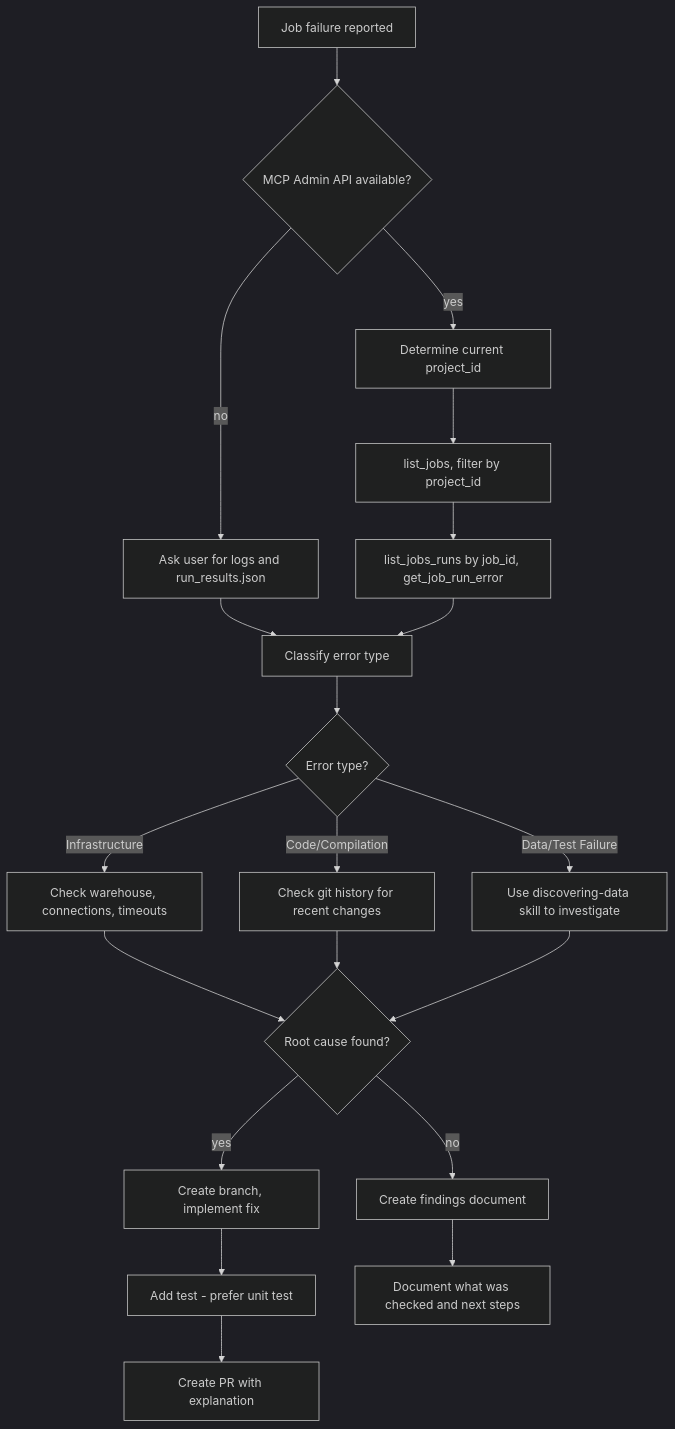
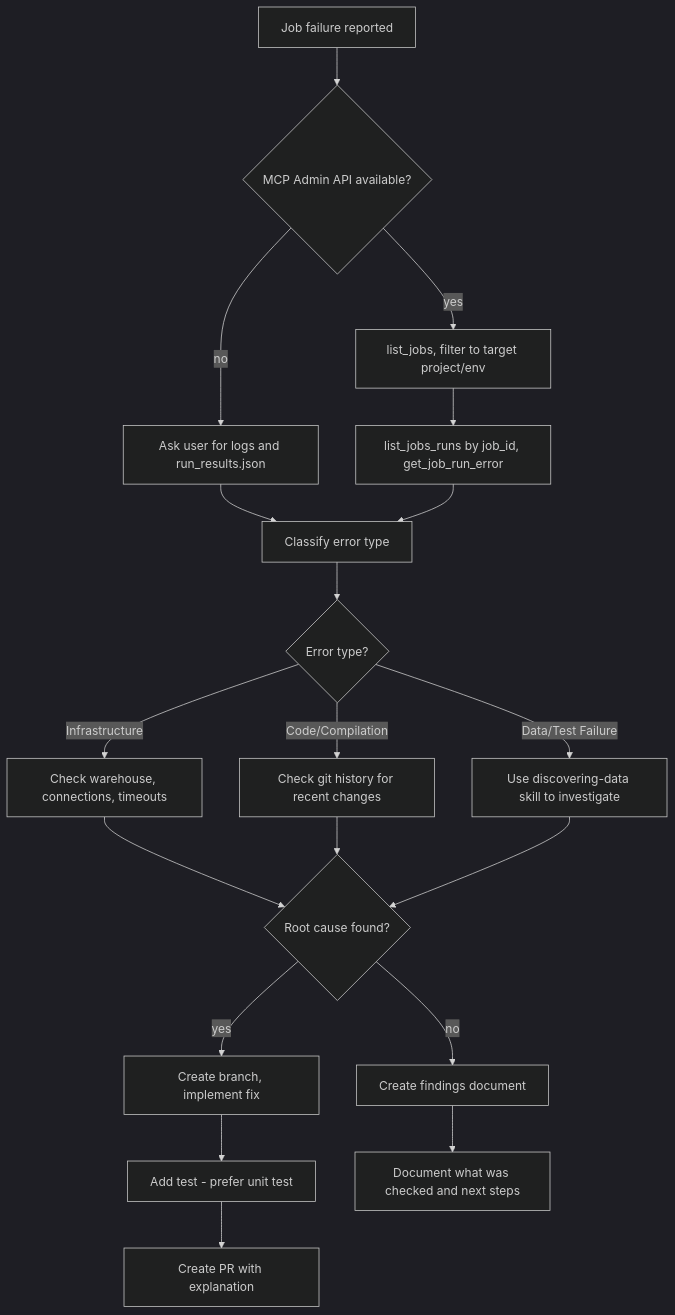
One commit to dbt-labs/dbt-agent-skills changed the diagram in skills/dbt/skills/troubleshooting-dbt-job-errors/SKILL.md. Above: the diagram before and after it, drawn with Mermaid (dark theme). The commit also changed other lines of this file, not shown here.

First line of the commit message:
DI-4173: trim skill to generic project/env scoping note

````diff
--- a/skills/dbt/skills/troubleshooting-dbt-job-errors/SKILL.md
+++ b/skills/dbt/skills/troubleshooting-dbt-job-errors/SKILL.md
@@ -40,22 +40,21 @@
 ```mermaid
 flowchart TD
     A[Job failure reported] --> B{MCP Admin API available?}
-    B -->|yes| C[Determine current project_id]
+    B -->|yes| C[list_jobs, filter to target project/env]
     B -->|no| D[Ask user for logs and run_results.json]
-    C --> C2[list_jobs, filter by project_id]
-    C2 --> E[list_jobs_runs by job_id, get_job_run_error]
+    C --> E[list_jobs_runs by job_id, get_job_run_error]
     D --> F[Classify error type]
     E --> F
     F --> G{Error type?}
     G -->|Infrastructure| H[Check warehouse, connections, timeouts]
     G -->|Code/Compilation| I[Check git history for recent changes]
     G -->|Data/Test Failure| J[Use discovering-data skill to investigate]
     H --> K{Root cause found?}
     I --> K
     J --> K
     K -->|yes| L[Create branch, implement fix]
     K -->|no| M[Create findings document]
     L --> N[Add test - prefer unit test]
     N --> O[Create PR with explanation]
     M --> P[Document what was checked and next steps]
 ```
````
